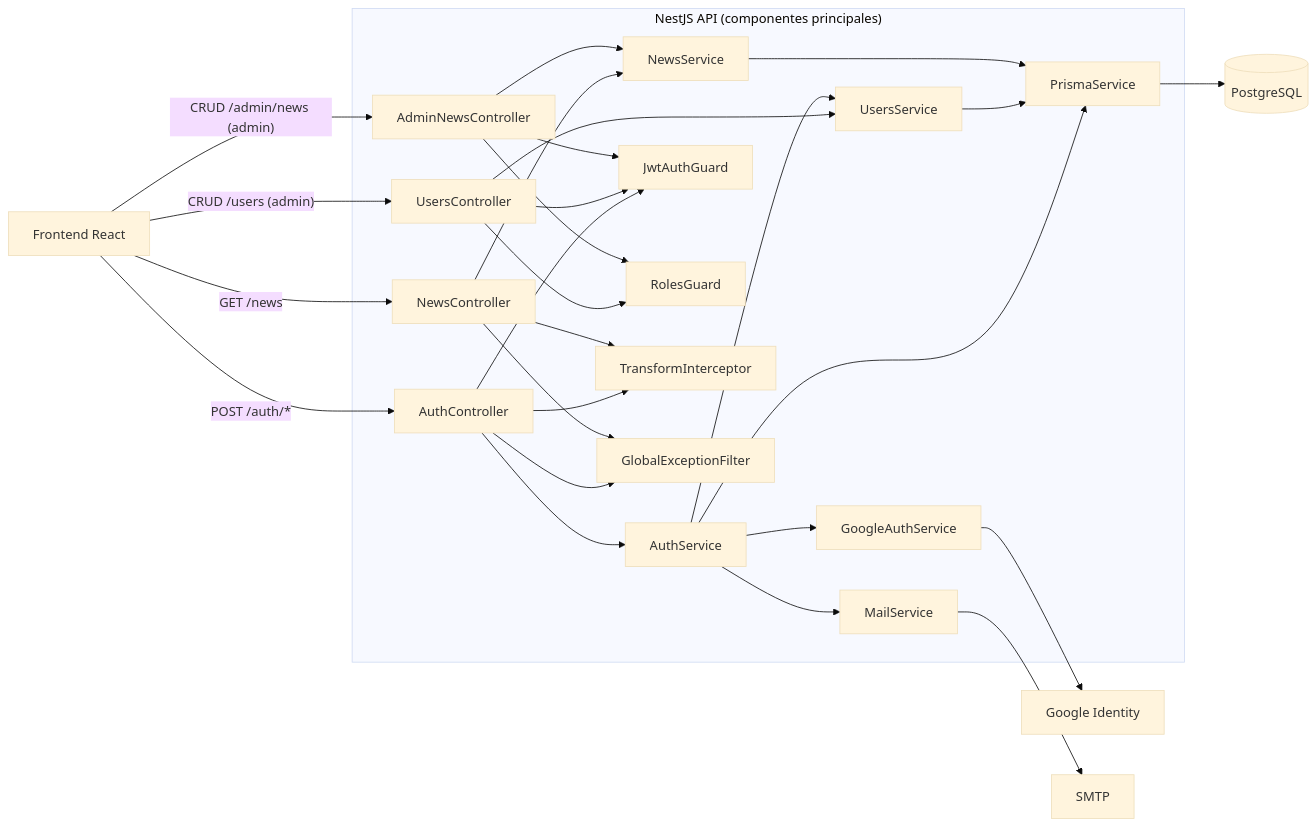
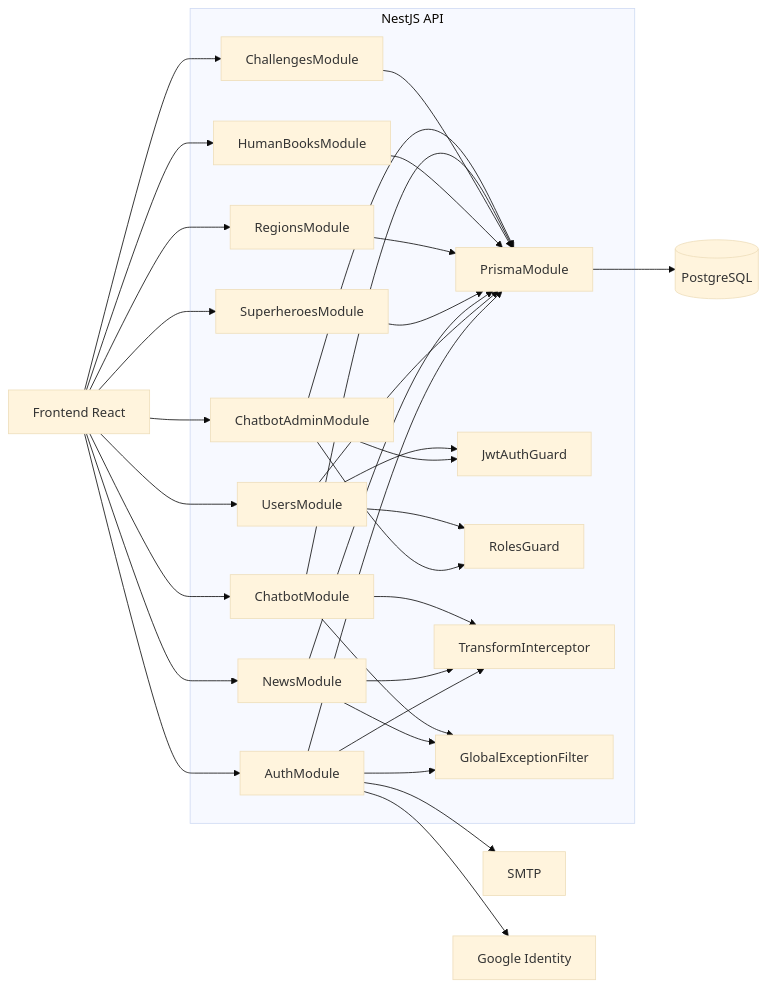
The diagram in docs/02-architecture/02.3-c4-component-backend.md (RoockDev/proyecto-proclade), drawn with Mermaid (base theme) before and after one commit. The commit also changed other lines of this file and 37 other files, not shown here.

````diff
--- a/docs/02-architecture/02.3-c4-component-backend.md
+++ b/docs/02-architecture/02.3-c4-component-backend.md
@@ -7,57 +7,61 @@
 ```mermaid
 flowchart LR
   fe["Frontend React"]
   db[("PostgreSQL")]
+  smtp["SMTP"]
   google["Google Identity"]
-  smtp["SMTP"]
 
-  subgraph api["NestJS API (componentes principales)"]
-    authController["AuthController"]
-    authService["AuthService"]
-    usersController["UsersController"]
-    usersService["UsersService"]
-    newsController["NewsController"]
-    adminNewsController["AdminNewsController"]
-    newsService["NewsService"]
-    jwtGuard["JwtAuthGuard"]
-    rolesGuard["RolesGuard"]
-    transformInterceptor["TransformInterceptor"]
-    exceptionFilter["GlobalExceptionFilter"]
-    prismaService["PrismaService"]
-    googleAuthService["GoogleAuthService"]
-    mailService["MailService"]
+  subgraph api["NestJS API"]
+    auth["AuthModule"]
+    users["UsersModule"]
+    news["NewsModule"]
+    superheroes["SuperheroesModule"]
+    regions["RegionsModule"]
+    humanBooks["HumanBooksModule"]
+    challenges["ChallengesModule"]
+    chatbot["ChatbotModule"]
+    chatbotAdmin["ChatbotAdminModule"]
+    prisma["PrismaModule"]
+
+    jwt["JwtAuthGuard"]
+    roles["RolesGuard"]
+    interceptor["TransformInterceptor"]
+    filter["GlobalExceptionFilter"]
   end
 
-  fe -->|"POST /auth/*"| authController
-  fe -->|"CRUD /users (admin)"| usersController
-  fe -->|"GET /news"| newsController
-  fe -->|"CRUD /admin/news (admin)"| adminNewsController
+  fe --> auth
+  fe --> users
+  fe --> news
+  fe --> superheroes
+  fe --> regions
+  fe --> humanBooks
+  fe --> challenges
+  fe --> chatbot
+  fe --> chatbotAdmin
 
-  authController --> authService
-  usersController --> usersService
-  newsController --> newsService
-  adminNewsController --> newsService
+  auth --> prisma
+  users --> prisma
+  news --> prisma
+  superheroes --> prisma
+  regions --> prisma
+  humanBooks --> prisma
+  challenges --> prisma
+  chatbot --> prisma
+  chatbotAdmin --> prisma
 
-  authService --> usersService
-  authService --> googleAuthService
-  authService --> mailService
+  prisma --> db
+  auth --> google
+  auth --> smtp
 
-  authService --> prismaService
-  usersService --> prismaService
-  newsService --> prismaService
+  chatbotAdmin --> jwt
+  chatbotAdmin --> roles
+  users --> jwt
+  users --> roles
 
-  prismaService --> db
-  googleAuthService --> google
-  mailService --> smtp
-
-  authController --> jwtGuard
-  usersController --> jwtGuard
-  adminNewsController --> jwtGuard
-  usersController --> rolesGuard
-  adminNewsController --> rolesGuard
-
-  authController --> transformInterceptor
-  newsController --> transformInterceptor
-  authController --> exceptionFilter
-  newsController --> exceptionFilter
+  auth --> interceptor
+  news --> interceptor
+  chatbot --> interceptor
+  auth --> filter
+  news --> filter
+  chatbot --> filter
 ```
````
